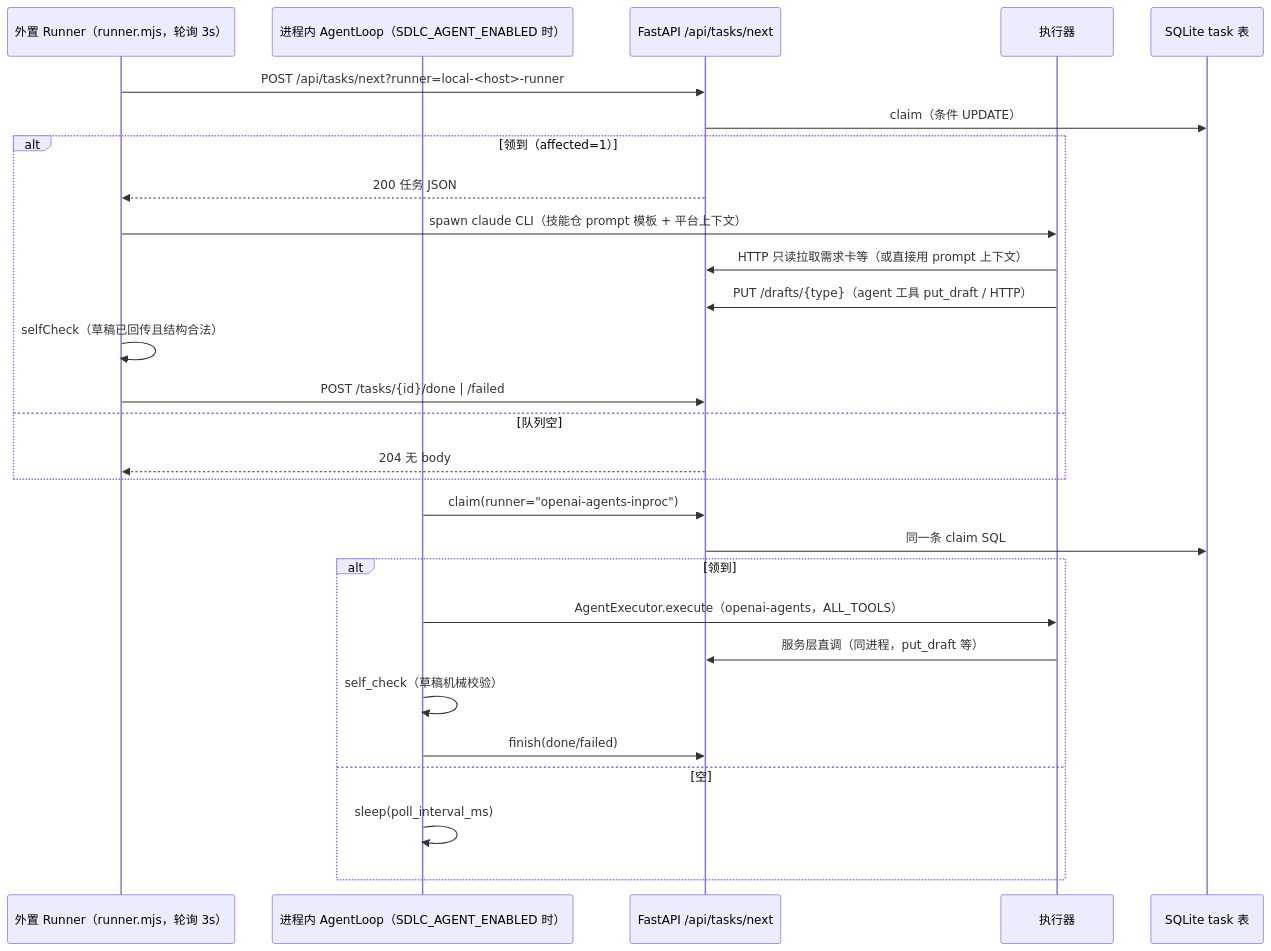
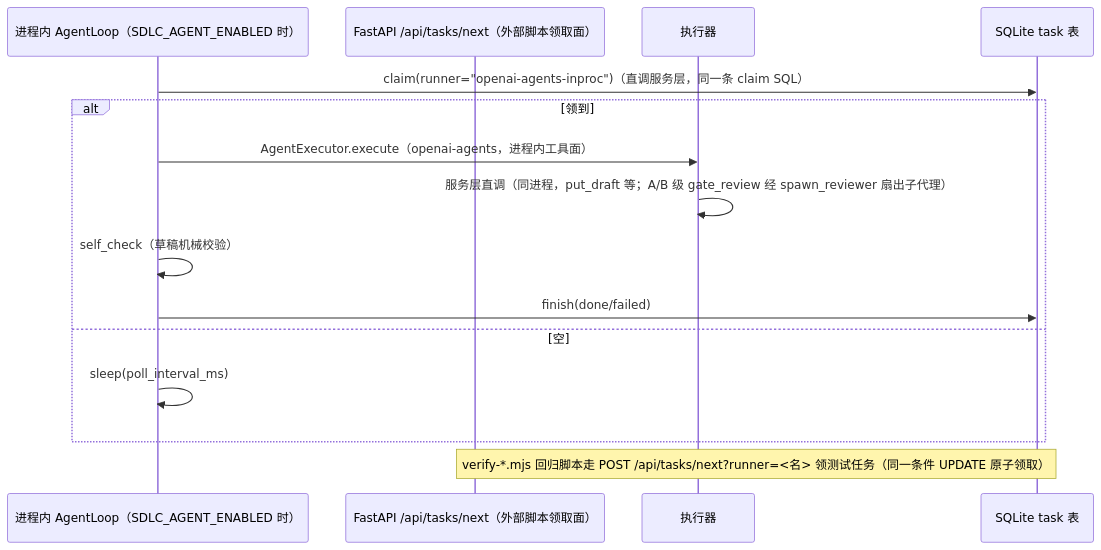
The sixth of 10 diagrams in docs/ER图与业务流程.md (TsCarpe/sdlc-platform-server), drawn with Mermaid before and after one commit. The commit also changed other lines of this file and 4 other files, not shown here.

Commit message:
文档：runner 下线口径收敛——CLAUDE.md（单执行通道/两处同步/删 runner.sh 命令）、README（依赖表删 claude CLI 与 lark-cli、通道节改单通道、环境变量表删 SDLC_RUNNER_*/SDLC_PLATFORM_URL 补 SDLC_GATE_TIMEOUT_MIN）、ER图（架构图/时序图/对照表/红线 12/环境变量表改单通道）、EXEC-PLAN-K8s（§0/§2.1/§8-4 标注已下线）、ci.yml 注释两处同步；HANDOFF-runner下线.md 使命已尽删除

````diff
--- a/docs/ER图与业务流程.md
+++ b/docs/ER图与业务流程.md
@@ -425,31 +425,18 @@
 ```mermaid
 sequenceDiagram
-    participant R as 外置 Runner（runner.mjs，轮询 3s）
     participant A as 进程内 AgentLoop（SDLC_AGENT_ENABLED 时）
-    participant API as FastAPI /api/tasks/next
+    participant API as FastAPI /api/tasks/next（外部脚本领取面）
     participant EXE as 执行器
     participant DB as SQLite task 表
 
-    R->>API: POST /api/tasks/next?runner=local-<host>-runner
-    API->>DB: claim（条件 UPDATE）
-    alt 领到（affected=1）
-        API-->>R: 200 任务 JSON
-        R->>EXE: spawn claude CLI（技能仓 prompt 模板 + 平台上下文）
-        EXE->>API: HTTP 只读拉取需求卡等（或直接用 prompt 上下文）
-        EXE->>API: PUT /drafts/{type}（agent 工具 put_draft / HTTP）
-        R->>R: selfCheck（草稿已回传且结构合法）
-        R->>API: POST /tasks/{id}/done | /failed
-    else 队列空
-        API-->>R: 204 无 body
-    end
-    A->>API: claim(runner="openai-agents-inproc")
-    API->>DB: 同一条 claim SQL
+    A->>DB: claim(runner="openai-agents-inproc")（直调服务层，同一条 claim SQL）
     alt 领到
-        A->>EXE: AgentExecutor.execute（openai-agents，ALL_TOOLS）
-        EXE->>API: 服务层直调（同进程，put_draft 等）
+        A->>EXE: AgentExecutor.execute（openai-agents，进程内工具面）
+        EXE->>EXE: 服务层直调（同进程，put_draft 等；A/B 级 gate_review 经 spawn_reviewer 扇出子代理）
         A->>A: self_check（草稿机械校验）
-        A->>API: finish(done/failed)
+        A->>DB: finish(done/failed)
     else 空
         A->>A: sleep(poll_interval_ms)
     end
+    Note over API,DB: verify-*.mjs 回归脚本走 POST /api/tasks/next?runner=<名> 领测试任务（同一条件 UPDATE 原子领取）
 ```
````
